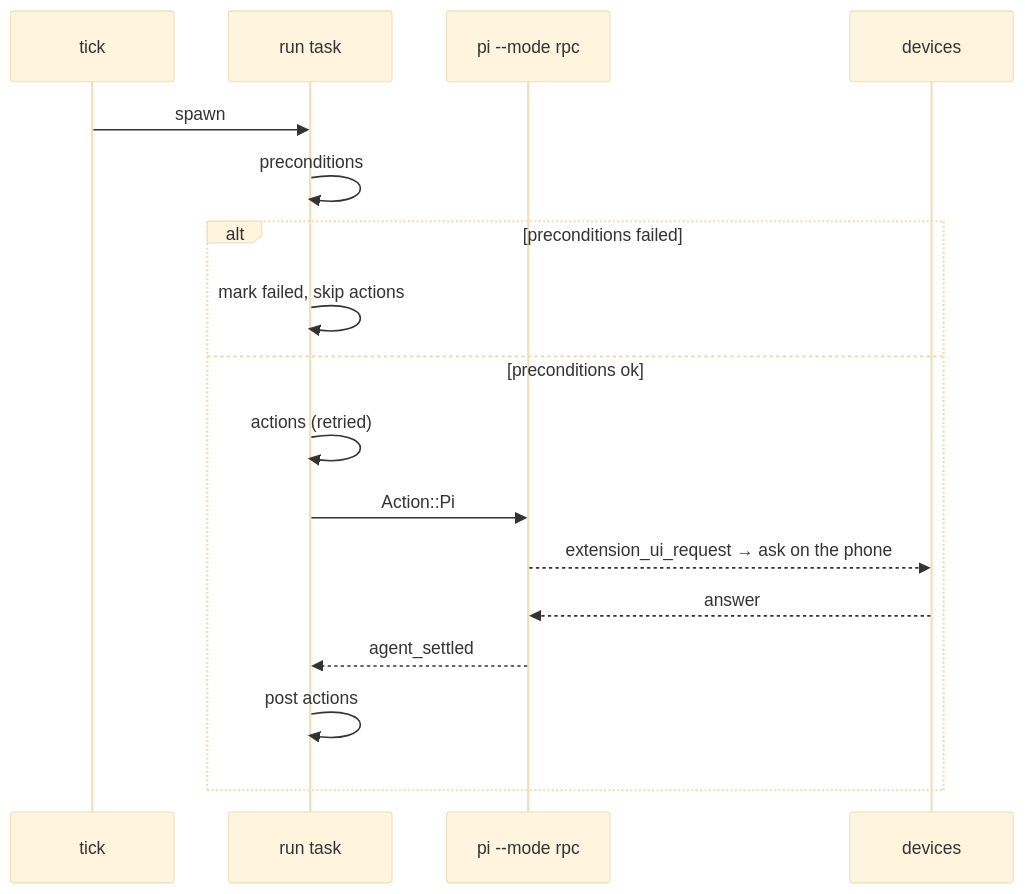
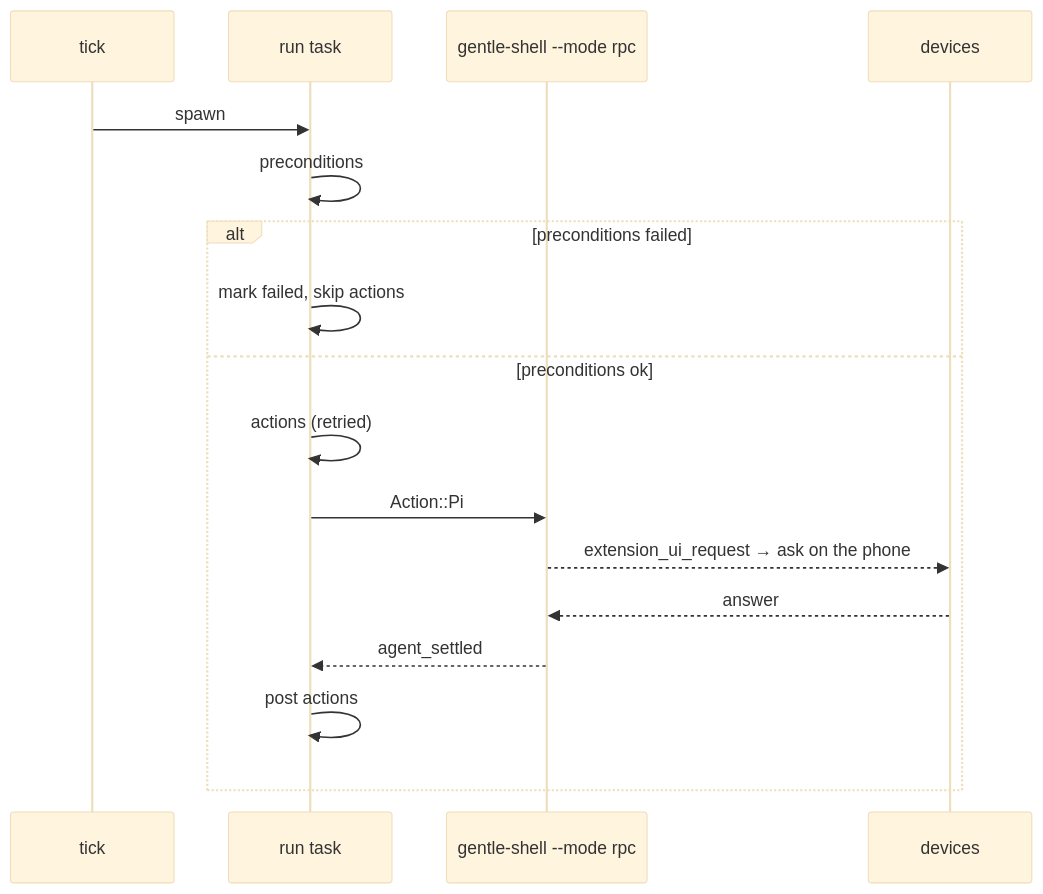
The second of 2 diagrams in knowledge/subsystems/automation.md (IAI-00-IAI/gentle-companion), drawn with Mermaid (base theme) before and after one commit. The commit also changed other lines of this file and 20 other files, not shown here.

````diff
--- a/knowledge/subsystems/automation.md
+++ b/knowledge/subsystems/automation.md
@@ -73,19 +73,19 @@
 ```mermaid
 sequenceDiagram
   participant T as tick
   participant R as run task
-  participant P as pi --mode rpc
+  participant P as gentle-shell --mode rpc
   participant D as devices
   T->>R: spawn
   R->>R: preconditions
   alt preconditions failed
     R->>R: mark failed, skip actions
   else preconditions ok
     R->>R: actions (retried)
     R->>P: Action::Pi
     P-->>D: extension_ui_request → ask on the phone
     D-->>P: answer
     P-->>R: agent_settled
     R->>R: post actions
   end
 ```
````
